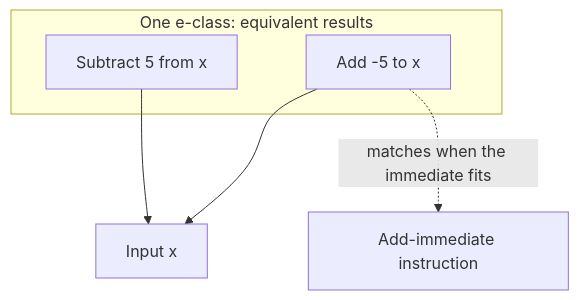
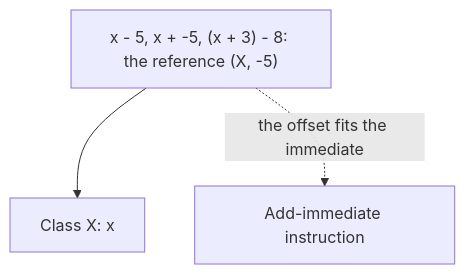
One commit to frontiers-labs/tir changed the second of 4 diagrams in docs/design/isel.md. Above: the diagram before and after it, drawn with Mermaid. The commit also changed other lines of this file and 129 other files, not shown here.

````diff
--- a/docs/design/isel.md
+++ b/docs/design/isel.md
@@ -169,10 +173,5 @@
 ```mermaid
 flowchart TD
-	subgraph E["One e-class: equivalent results"]
-		S["Subtract 5 from x"]
-		A["Add -5 to x"]
-	end
-	S --> X["Input x"]
-	A --> X
-	A -. "matches when the immediate fits" .-> I["Add-immediate instruction"]
+	R["x - 5, x + -5, (x + 3) - 8: the reference (X, -5)"] --> X["Class X: x"]
+	R -. "the offset fits the immediate" .-> I["Add-immediate instruction"]
 ```
````
